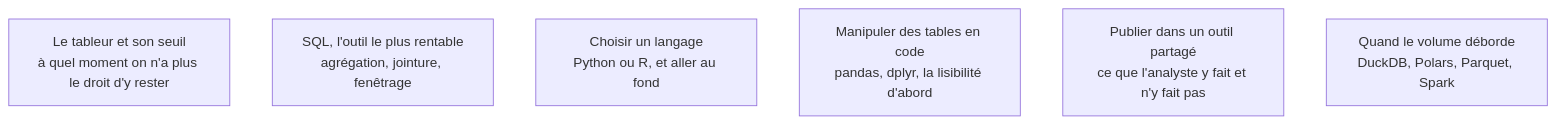
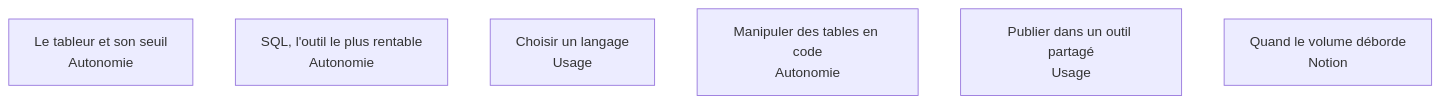
Before and after one commit to floSa/Atlas-Metiers-Roadmaps: the diagram in content/parcours/data-analyst/socle-outillage/index.md, drawn with Mermaid. The commit also changed 20 other files, not shown here.

First line of the commit message:
Data Analyst et BI Analyst : le niveau attendu passe dans les cases des cartes

````diff
--- a/content/parcours/data-analyst/socle-outillage/index.md
+++ b/content/parcours/data-analyst/socle-outillage/index.md
@@ -11,16 +11,16 @@
 ```mermaid
 flowchart TD
-  T["Le tableur et son seuil<br/>à quel moment on n'a plus le droit d'y rester"]
-  S["SQL, l'outil le plus rentable<br/>agrégation, jointure, fenêtrage"]
-  L["Choisir un langage<br/>Python ou R, et aller au fond"]
-  M["Manipuler des tables en code<br/>pandas, dplyr, la lisibilité d'abord"]
-  P["Publier dans un outil partagé<br/>ce que l'analyste y fait et n'y fait pas"]
-  V["Quand le volume déborde<br/>DuckDB, Polars, Parquet, Spark"]
+  T["Le tableur et son seuil<br/>Autonomie"]
+  S["SQL, l'outil le plus rentable<br/>Autonomie"]
+  L["Choisir un langage<br/>Usage"]
+  M["Manipuler des tables en code<br/>Autonomie"]
+  P["Publier dans un outil partagé<br/>Usage"]
+  V["Quand le volume déborde<br/>Notion"]
 
   click T "/parcours/data-analyst/socle-outillage/le-tableur-et-son-seuil"
   click S "/parcours/data-analyst/socle-outillage/sql-pour-l-analyste"
   click L "/parcours/data-analyst/socle-outillage/choisir-un-langage"
   click M "/parcours/data-analyst/socle-outillage/manipuler-des-tables-en-code"
   click P "/parcours/data-analyst/socle-outillage/publier-dans-un-outil-partage"
   click V "/parcours/data-analyst/socle-outillage/quand-le-volume-deborde"
 ```
````
